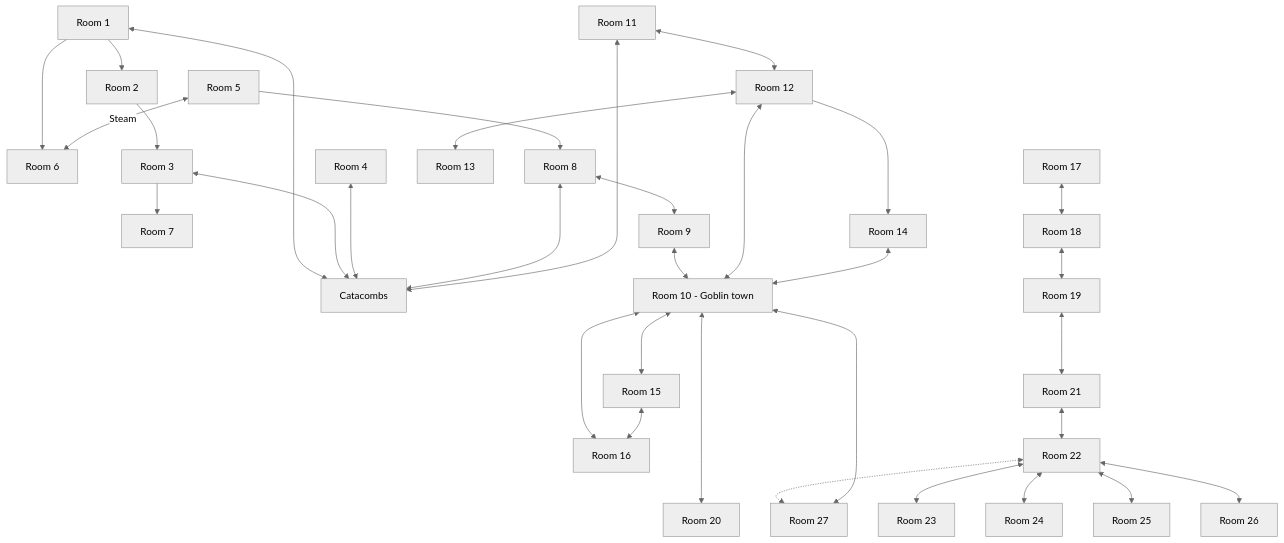
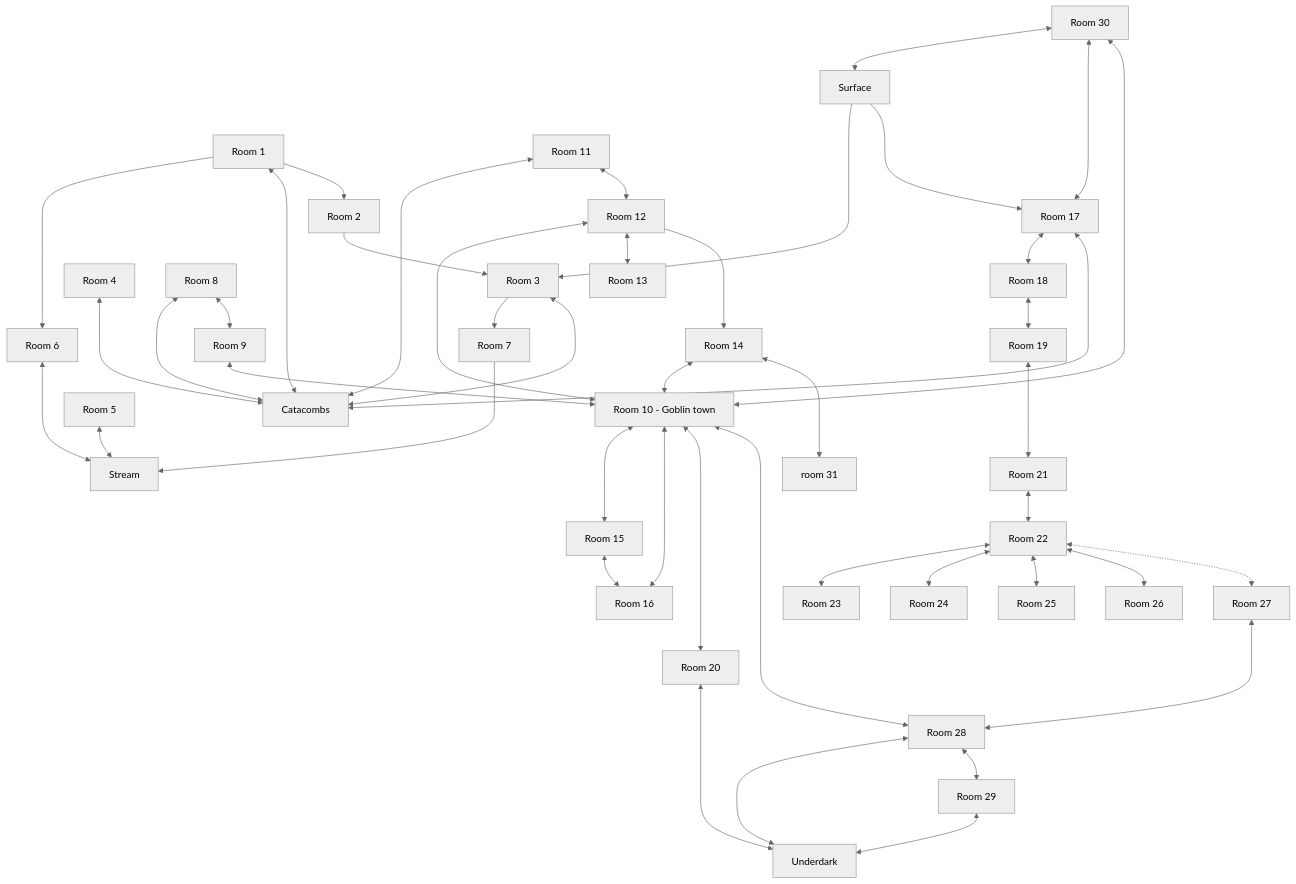
The diagram in Dungeon/Level_01/README.md (SlothBorg/Dungeon23), drawn with Mermaid (neutral theme) before and after one commit. The commit also changed other lines of this file, not shown here.

Commit message:
Diagram for level 1

````diff
--- a/Dungeon/Level_01/README.md
+++ b/Dungeon/Level_01/README.md
@@ -3,35 +3,48 @@
 ```mermaid
 flowchart TD
     A1[Room 1] --> A6[Room 6]
+    A6 <---> St[Stream]
     A1 <---> C[Catacombs]
     A1 --> A2[Room 2]
     A2 --> A3[Room 3]
     A3 --> A7[Room 7]
+    Su[Surface] ---> A3
+    A7 ---> St
     A3 <---> C
     A4[Room 4] <---> C
-    A5[Room 5] --> A8[Room 8]
-    A8 <---> C
-    A5 <-- Steam --> A6
+    A5[Room 5] <--> St
+    A8[Room 8] <---> C
     A8 <--> A9[Room 9]
     A9 <--> A10[Room 10 - Goblin town]
     A11[Room 11] <---> C
     A11 <--> A12[Room 12]
     A12 <----> A10
     A12 <--> A13[Room 13]
     A12 --> A14[Room 14]
     A14 <--> A10
+    A14 <---> A31[room 31]
     A10 <---> A15[Room 15]
     A10 <--> A16[Room 16]
     A15 <--> A16
     A17[Room 17] <--> A18[Room 18] <--> A19[Room 19]
+    Su ---> A17
+    A17 <----> C
     A10 <-----> A20[Room 20]
+    A20 <----> U
     A19 <---> A21[Room 21]
     A21 <--> A22[Room 22]
     A22 <--> A23[Room 23]
     A22 <--> A24[Room 24]
     A22 <--> A25[Room 25]
     A22 <--> A26[Room 26]
     A22 <-.-> A27[Room 27]
-    A10 <-----> A27
+    A27 <---> A28[Room 28]
+    A10 <-----> A28
+    A28 <--> U[Underdark]
+    A28 <--> A29[Room 29]
+    A29 <--> U
+    A30[Room 30] <--> Su
+    A30 <--> A17
+    A30 <----> A10
 
 ```
````
